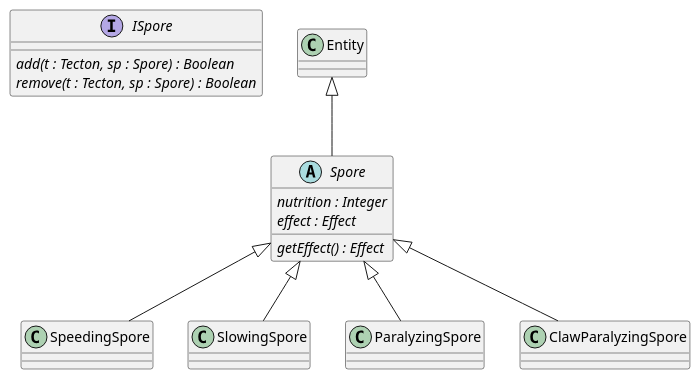
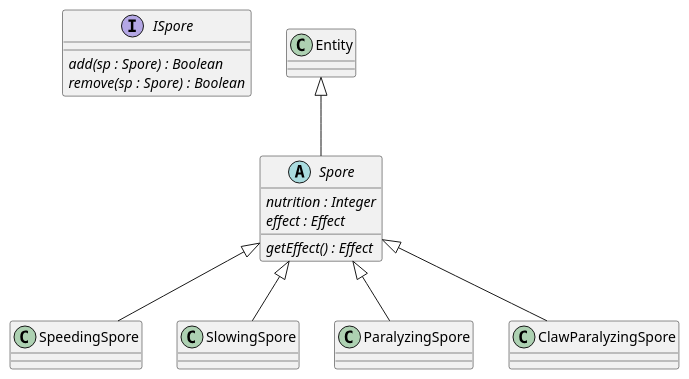
The diagram in 5/classes/mushroom/spore.puml (Petya-G/fungorium), drawn with PlantUML before and after one commit. The commit also changed 2 other files, not shown here.

```diff
--- a/5/classes/mushroom/spore.puml
+++ b/5/classes/mushroom/spore.puml
@@ -1,19 +1,19 @@
 @startuml spore
 
 interface ISpore {
-    {abstract} add(t : Tecton, sp : Spore) : Boolean
-    {abstract} remove(t : Tecton, sp : Spore) : Boolean
+    {abstract} add(sp : Spore) : Boolean
+    {abstract} remove(sp : Spore) : Boolean
 }
 
 abstract class Spore extends Entity{
     {abstract} nutrition : Integer
     {abstract} effect : Effect
     {abstract} getEffect() : Effect
 }
 
 class SpeedingSpore extends Spore {}
 class SlowingSpore extends Spore {}
 class ParalyzingSpore extends Spore {}
 class ClawParalyzingSpore extends Spore {}
 
 @enduml
```
